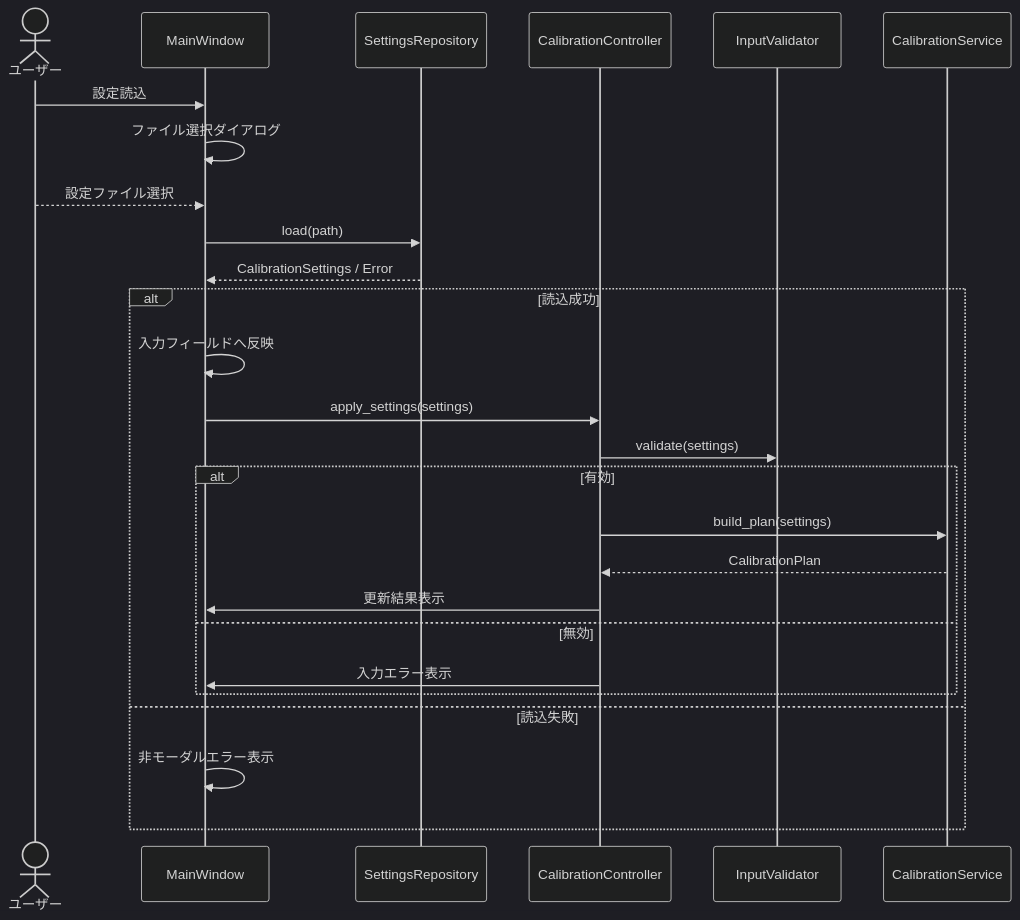
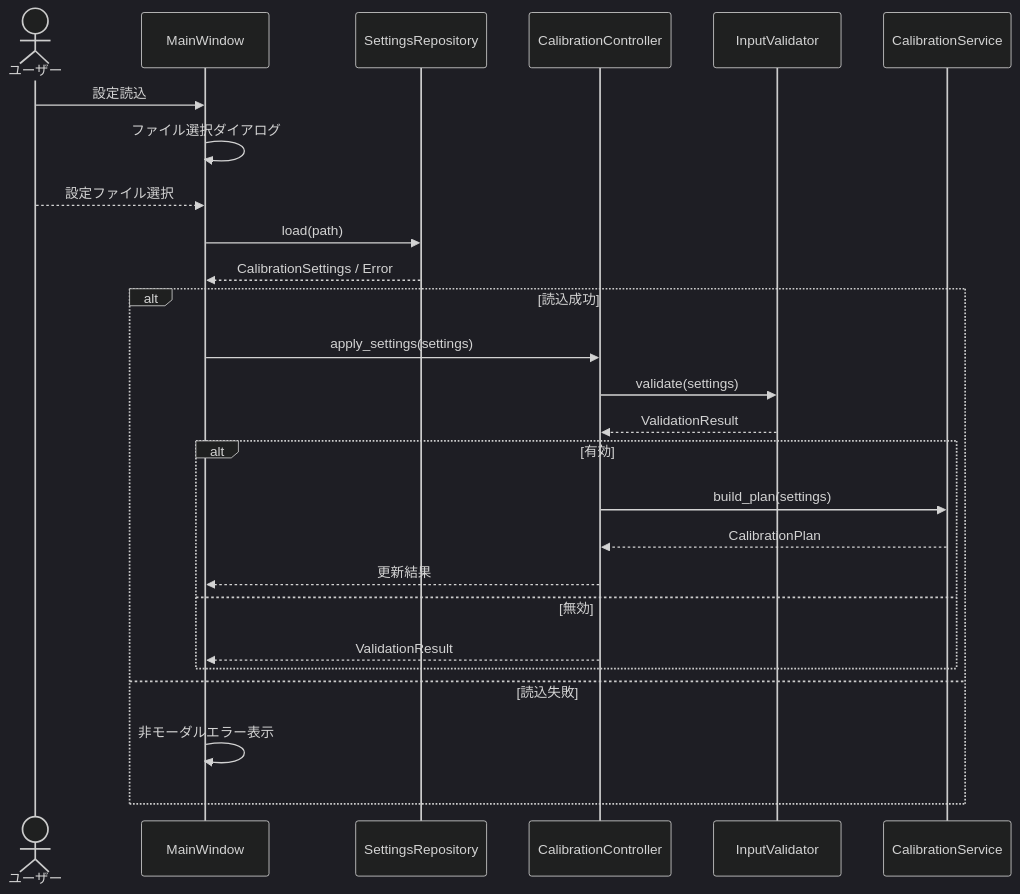
One commit to Pakfat50/FiveHolePitotTubeCalibration changed the fifth of 12 diagrams in docs/architecture_design.md. Above: the diagram before and after it, drawn with Mermaid (dark theme). The commit also changed other lines of this file, not shown here.

Commit message:
docs: split internal diagram into call tree and data flow

````diff
--- a/docs/architecture_design.md
+++ b/docs/architecture_design.md
@@ -158,29 +146,28 @@
 ```mermaid
 sequenceDiagram
     actor User as ユーザー
     participant MainWindow
     participant SettingsRepo as SettingsRepository
     participant Controller as CalibrationController
     participant Validator as InputValidator
     participant Service as CalibrationService
-
     User->>MainWindow: 設定読込
     MainWindow->>MainWindow: ファイル選択ダイアログ
     User-->>MainWindow: 設定ファイル選択
     MainWindow->>SettingsRepo: load(path)
     SettingsRepo-->>MainWindow: CalibrationSettings / Error
     alt 読込成功
-        MainWindow->>MainWindow: 入力フィールドへ反映
         MainWindow->>Controller: apply_settings(settings)
         Controller->>Validator: validate(settings)
+        Validator-->>Controller: ValidationResult
         alt 有効
             Controller->>Service: build_plan(settings)
             Service-->>Controller: CalibrationPlan
-            Controller->>MainWindow: 更新結果表示
+            Controller-->>MainWindow: 更新結果
         else 無効
-            Controller->>MainWindow: 入力エラー表示
+            Controller-->>MainWindow: ValidationResult
         end
     else 読込失敗
         MainWindow->>MainWindow: 非モーダルエラー表示
     end
 ```
````
